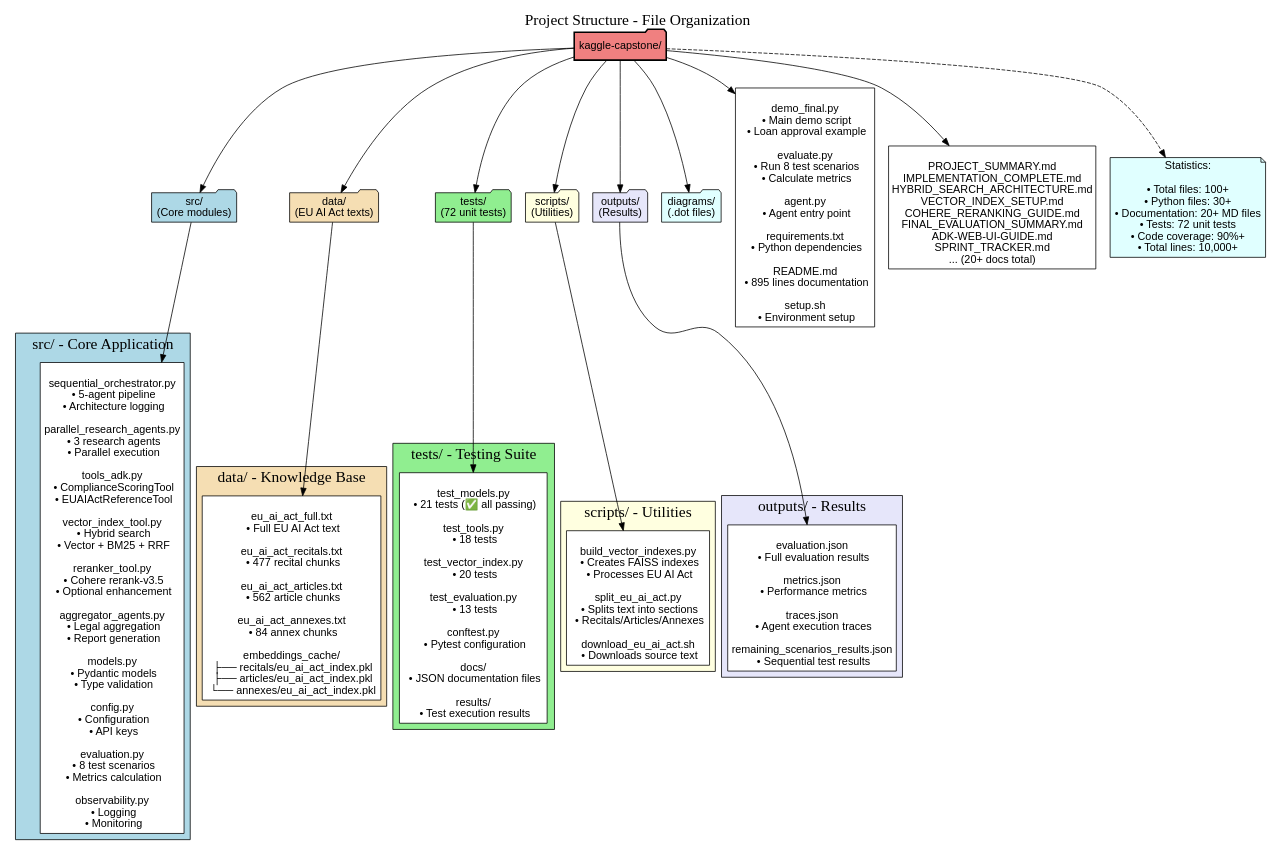
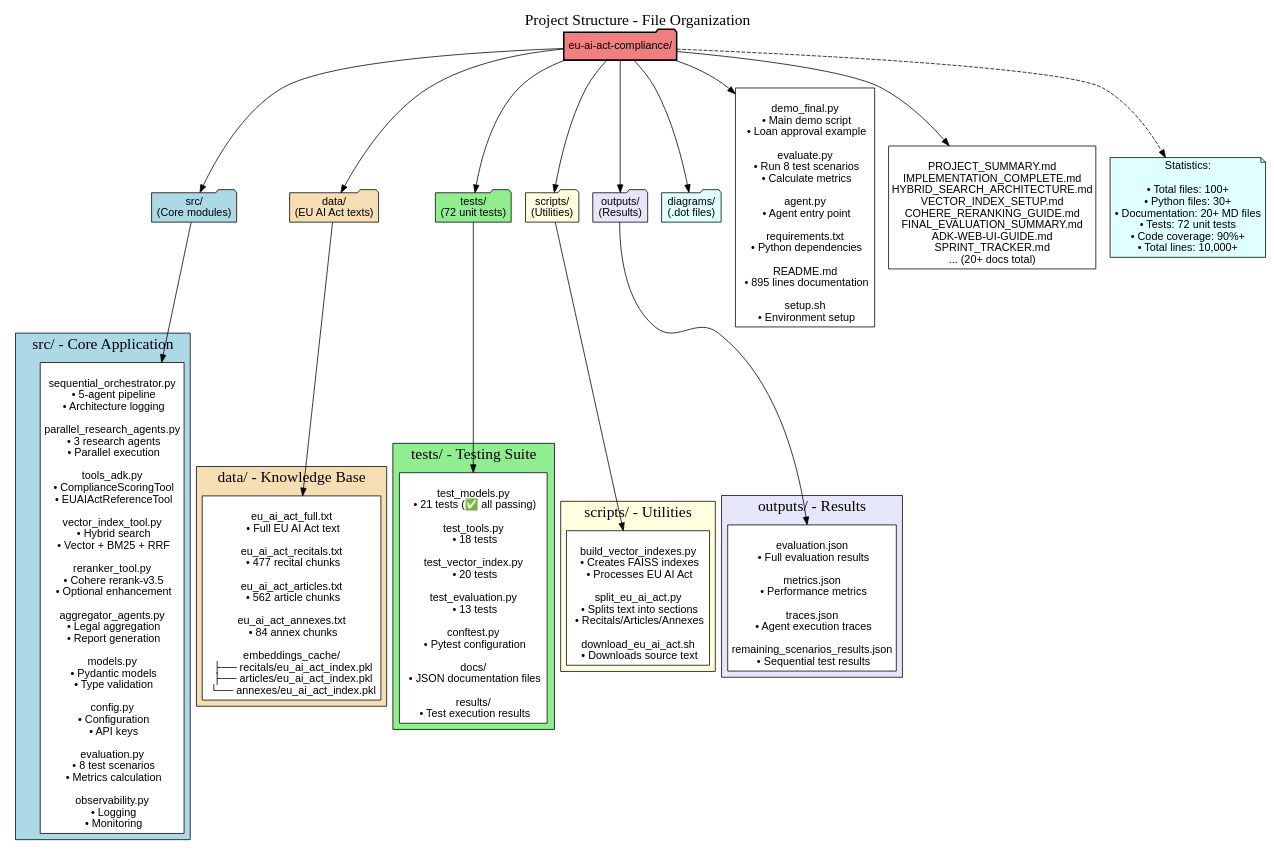
Before and after one commit to akusingh/eu-ai-act-compliance-kiroween-2025: the diagram in diagrams/07_project_structure.dot, drawn with Graphviz. The commit also changed 30 other files, not shown here.

First line of the commit message:
Kiroween 2025: EU AI Act Compliance Agent with Multi-Agent System

```diff
--- a/diagrams/07_project_structure.dot
+++ b/diagrams/07_project_structure.dot
@@ -13,7 +13,7 @@
     fontname="Arial Bold";
     
     // Root
-    root [label="kaggle-capstone/", fillcolor=lightcoral, penwidth=2];
+    root [label="eu-ai-act-compliance/", fillcolor=lightcoral, penwidth=2];
     
     // Main directories
     src [label="src/\n(Core modules)", fillcolor=lightblue];
```
